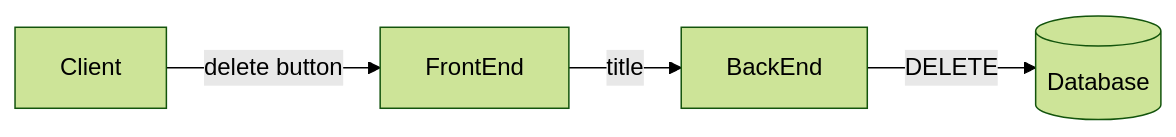
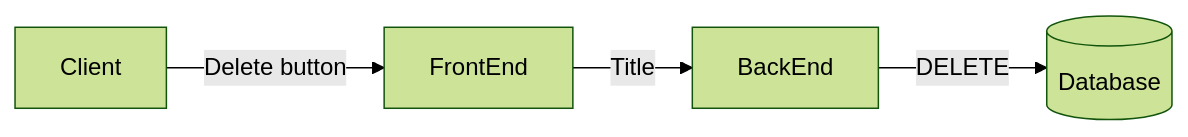
The fourth of 6 diagrams in README.md (Kajiysor/UJ_WWW_Project_2), drawn with Mermaid (forest theme) before and after one commit. The commit also changed other lines of this file and 3 other files, not shown here.

````diff
--- a/README.md
+++ b/README.md
@@ -56,8 +95,8 @@
 ```mermaid
 flowchart LR
     client[Client]
     backend[BackEnd]
     frontend[FrontEnd]
     db[(Database)]
-    client-->|delete button|frontend-->|title|backend-->|DELETE|db
+    client-->|Delete button|frontend-->|Title|backend-->|DELETE|db
 ```
````
